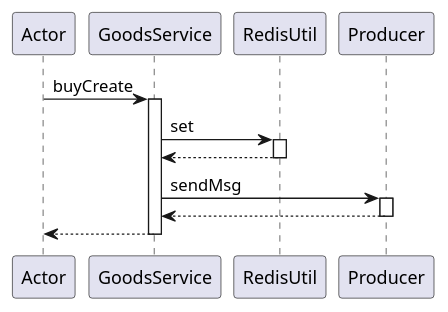
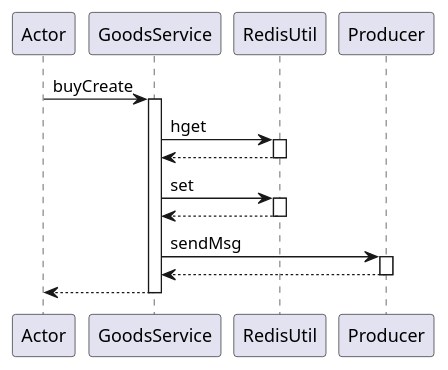
Before and after one commit to FlyRenxing/store-queue: the diagram in doc/buyCreate.puml, drawn with PlantUML. The commit also changed 3 other files, not shown here.

```diff
--- a/doc/buyCreate.puml
+++ b/doc/buyCreate.puml
@@ -1,14 +1,18 @@
 @startuml
 participant Actor
 Actor -> GoodsService : buyCreate
 activate GoodsService
+GoodsService -> RedisUtil : hget
+activate RedisUtil
+RedisUtil --> GoodsService
+deactivate RedisUtil
 GoodsService -> RedisUtil : set
 activate RedisUtil
 RedisUtil --> GoodsService
 deactivate RedisUtil
 GoodsService -> Producer : sendMsg
 activate Producer
 Producer --> GoodsService
 deactivate Producer
 return
 @enduml
```
